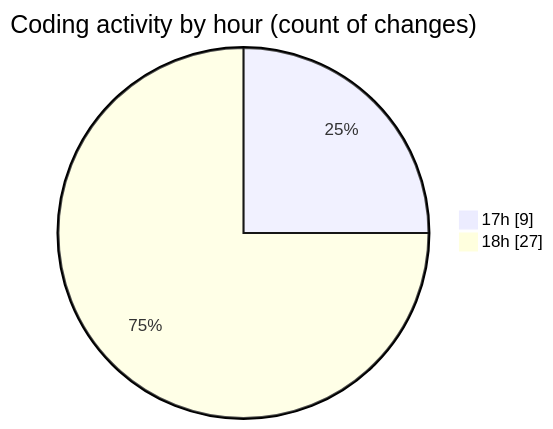
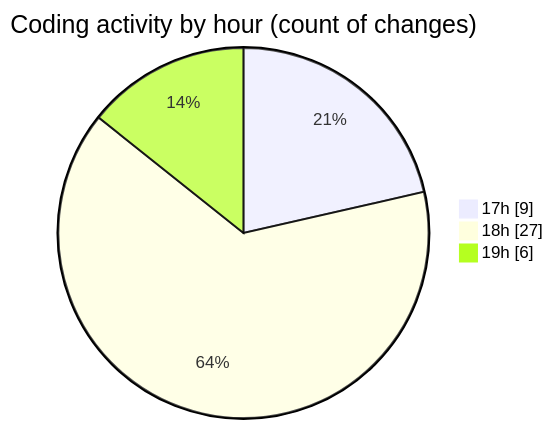
The second of 2 diagrams in 2025-02-08/termonied-web/README.md (robertbonfada/code-tracking), drawn with Mermaid before and after one commit. The commit also changed other lines of this file and 1 other file, not shown here.

````diff
--- a/2025-02-08/termonied-web/README.md
+++ b/2025-02-08/termonied-web/README.md
@@ -38,6 +38,7 @@
 ```mermaid
 pie showData
 title Coding activity by hour (count of changes)
 "17h" : 9
 "18h" : 27
+"19h" : 6
 ```
````
